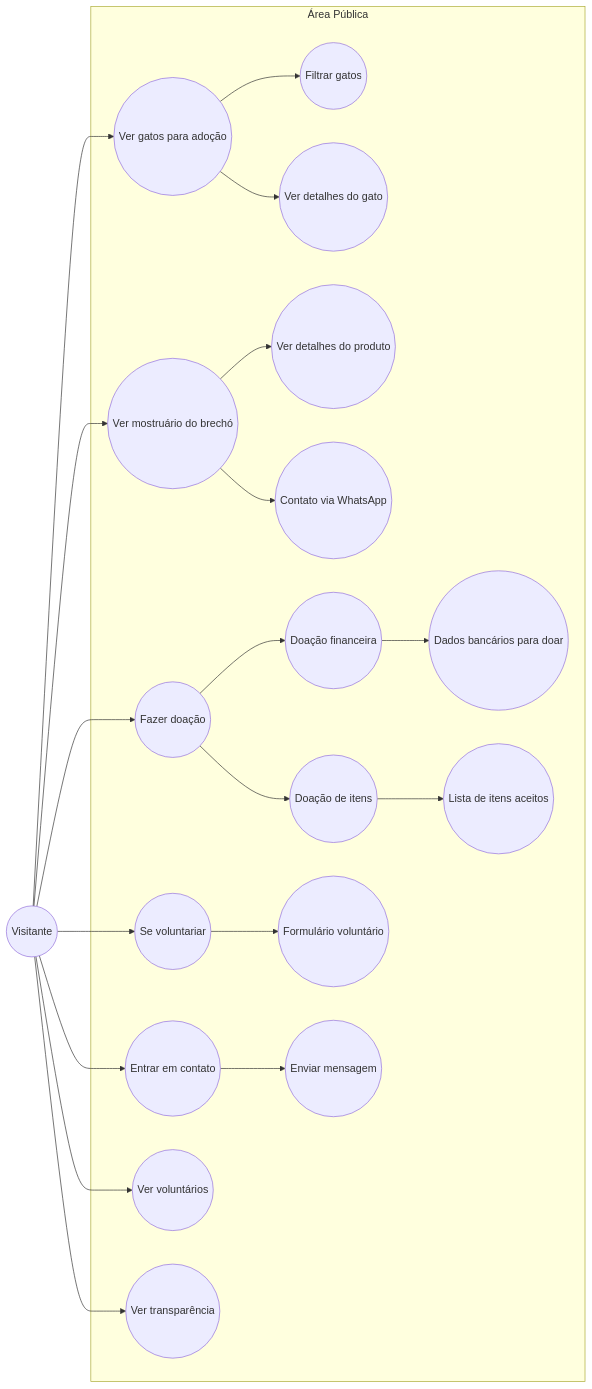
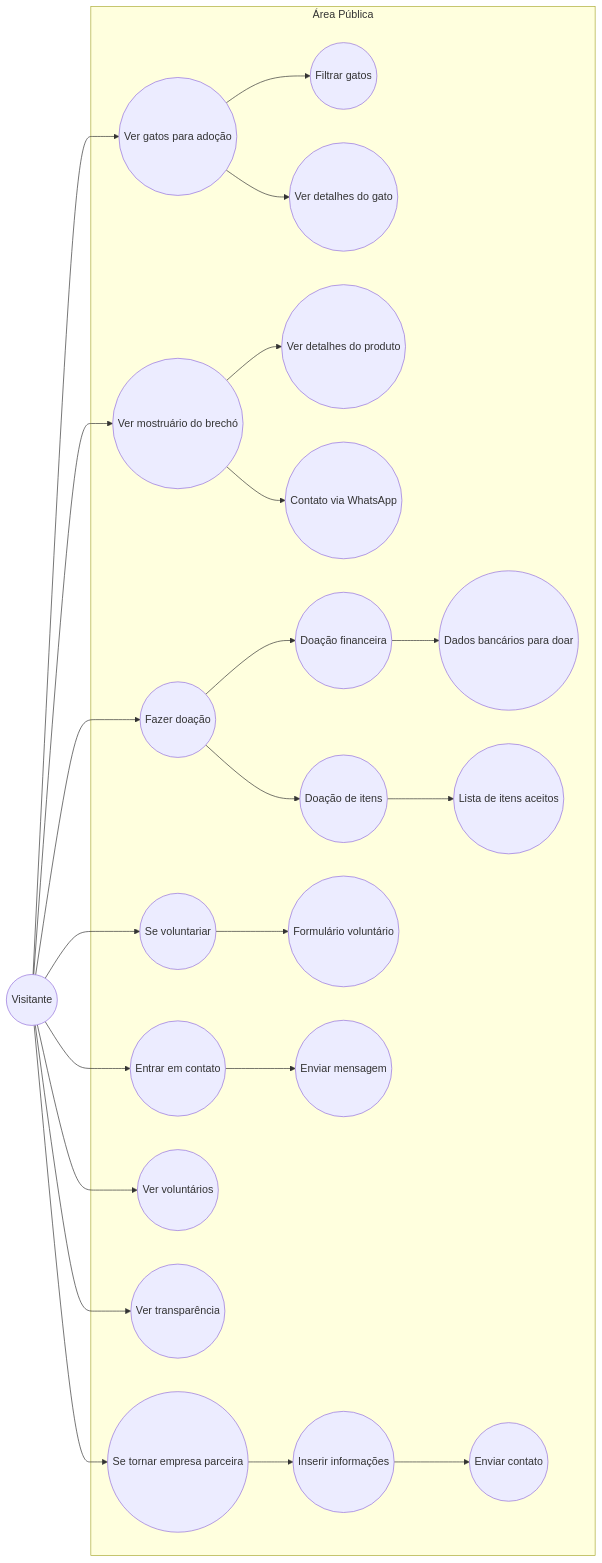
Before and after one commit to ligiaoliveira/Casa-dos-Gatos: the first of 11 diagrams in README.md, drawn with Mermaid.

````diff
--- a/README.md
+++ b/README.md
@@ -91,44 +91,50 @@
 ```mermaid
 flowchart LR
     Visitante((Visitante))
 
     subgraph Área Pública
         UC1((Ver gatos para adoção))
         UC2((Ver mostruário do brechó))
         UC3((Fazer doação))
         UC4((Se voluntariar))
         UC5((Entrar em contato))
         UC6((Ver voluntários))
         UC7((Ver transparência))
 
         UC8((Filtrar gatos))
         UC9((Ver detalhes do gato))
         UC10((Ver detalhes do produto))
         UC11((Contato via WhatsApp))
         UC12((Formulário voluntário))
         UC13((Doação financeira))
         UC14((Enviar mensagem))
         UC15((Doação de itens))
         UC16((Lista de itens aceitos))
         UC17((Dados bancários para doar))
+        UC18((Se tornar empresa parceira))
+        UC19((Inserir informações))
+        UC20((Enviar contato))
     end
 
     Visitante --> UC1
     Visitante --> UC2
     Visitante --> UC3
     Visitante --> UC4
     Visitante --> UC5
     Visitante --> UC6
     Visitante --> UC7
+    Visitante --> UC18
 
     UC1 --> UC8
     UC1 --> UC9
     UC2 --> UC10
     UC2 --> UC11
     UC3 --> UC13
     UC3 --> UC15
     UC4 --> UC12
     UC5 --> UC14
     UC13 --> UC17
     UC15 --> UC16
+    UC18 --> UC19
+    UC19 --> UC20
 ```
````
